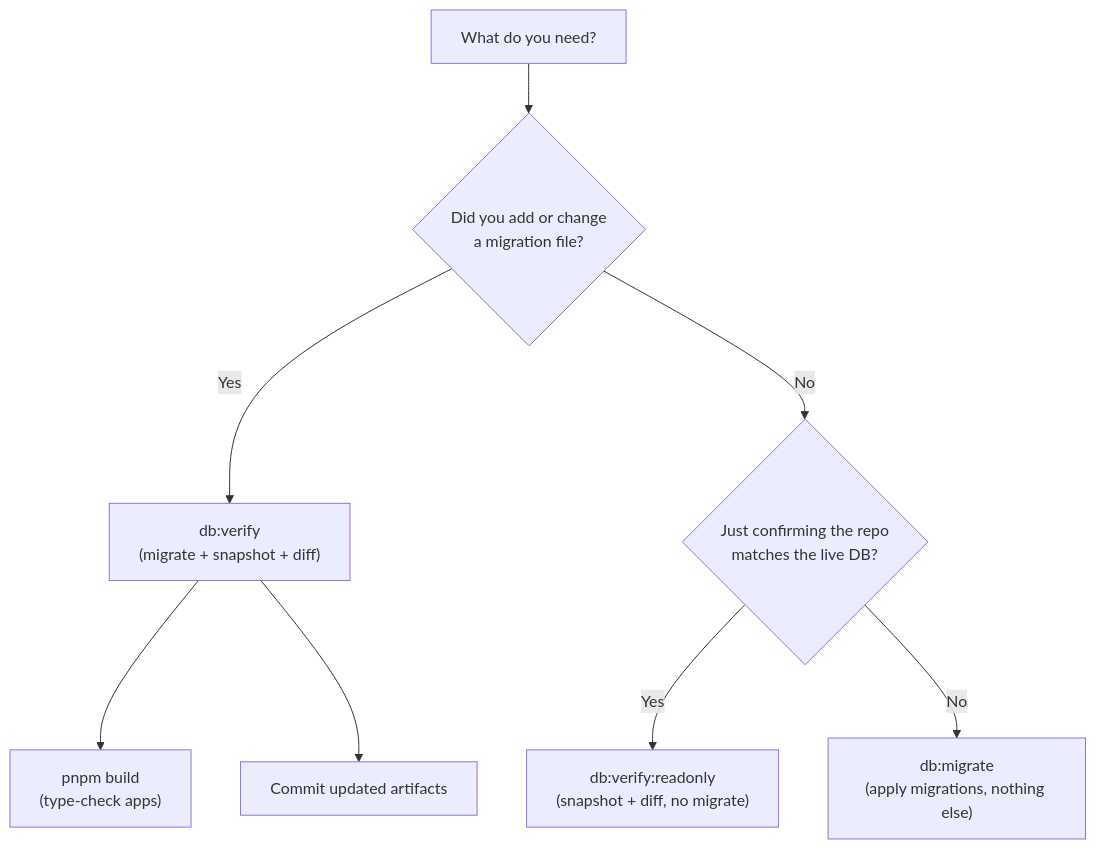
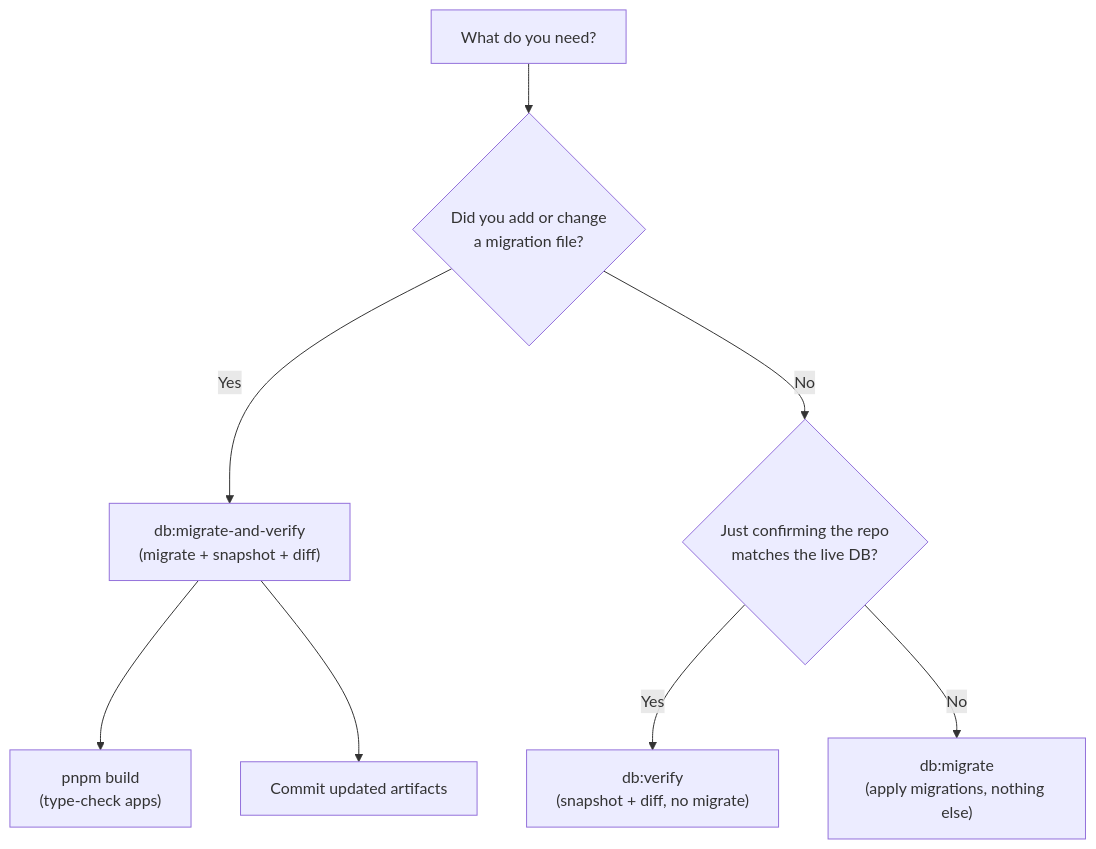
One commit to paulshorey/trading changed the diagram in docs/db/dev-deployment-guide.md. Above: the diagram before and after it, drawn with Mermaid. The commit also changed other lines of this file and 24 other files, not shown here.

Commit message:
wip: migrate verify scripts and process

````diff
--- a/docs/db/dev-deployment-guide.md
+++ b/docs/db/dev-deployment-guide.md
@@ -17,10 +17,10 @@
 ```mermaid
 flowchart TD
   Start["What do you need?"] --> Q1{"Did you add or change\na migration file?"}
-  Q1 -->|Yes| Verify["db:verify\n(migrate + snapshot + diff)"]
+  Q1 -->|Yes| Verify["db:migrate-and-verify\n(migrate + snapshot + diff)"]
   Verify --> Build["pnpm build\n(type-check apps)"]
   Verify --> Commit["Commit updated artifacts"]
   Q1 -->|No| Q2{"Just confirming the repo\nmatches the live DB?"}
-  Q2 -->|Yes| ReadOnly["db:verify:readonly\n(snapshot + diff, no migrate)"]
+  Q2 -->|Yes| ReadOnly["db:verify\n(snapshot + diff, no migrate)"]
   Q2 -->|No| MigrateOnly["db:migrate\n(apply migrations, nothing else)"]
 ```
````
